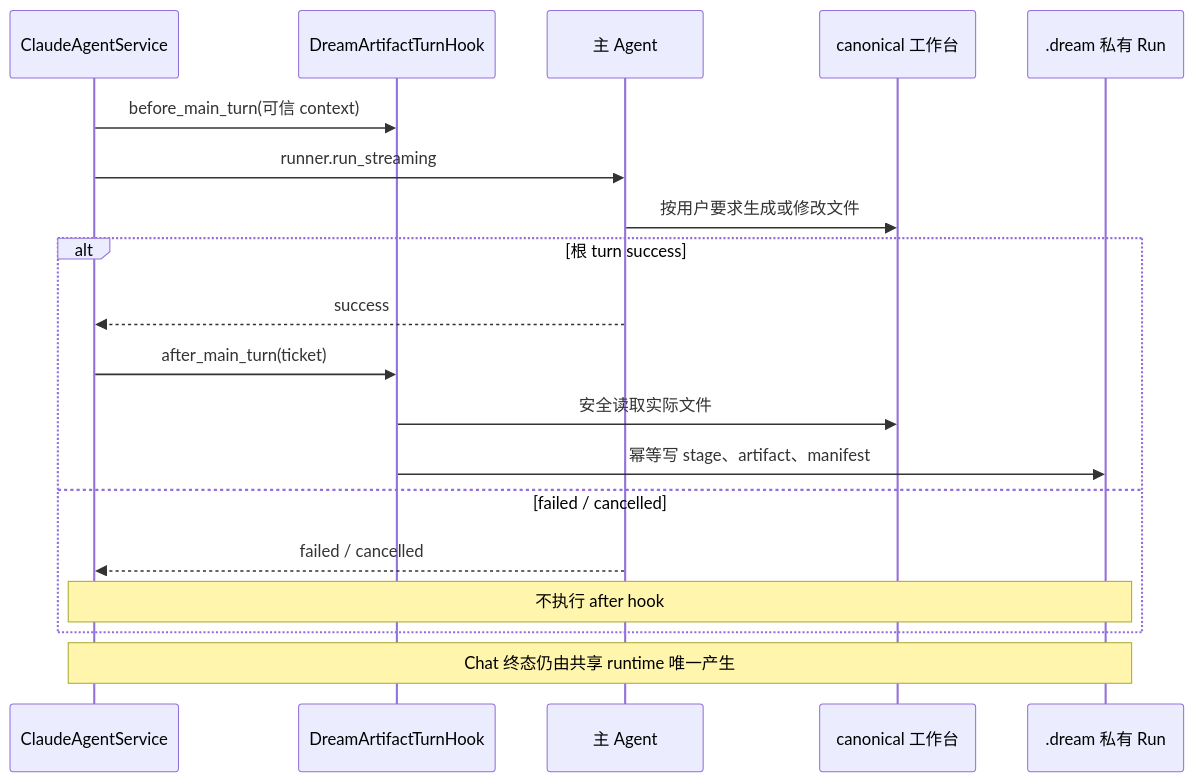
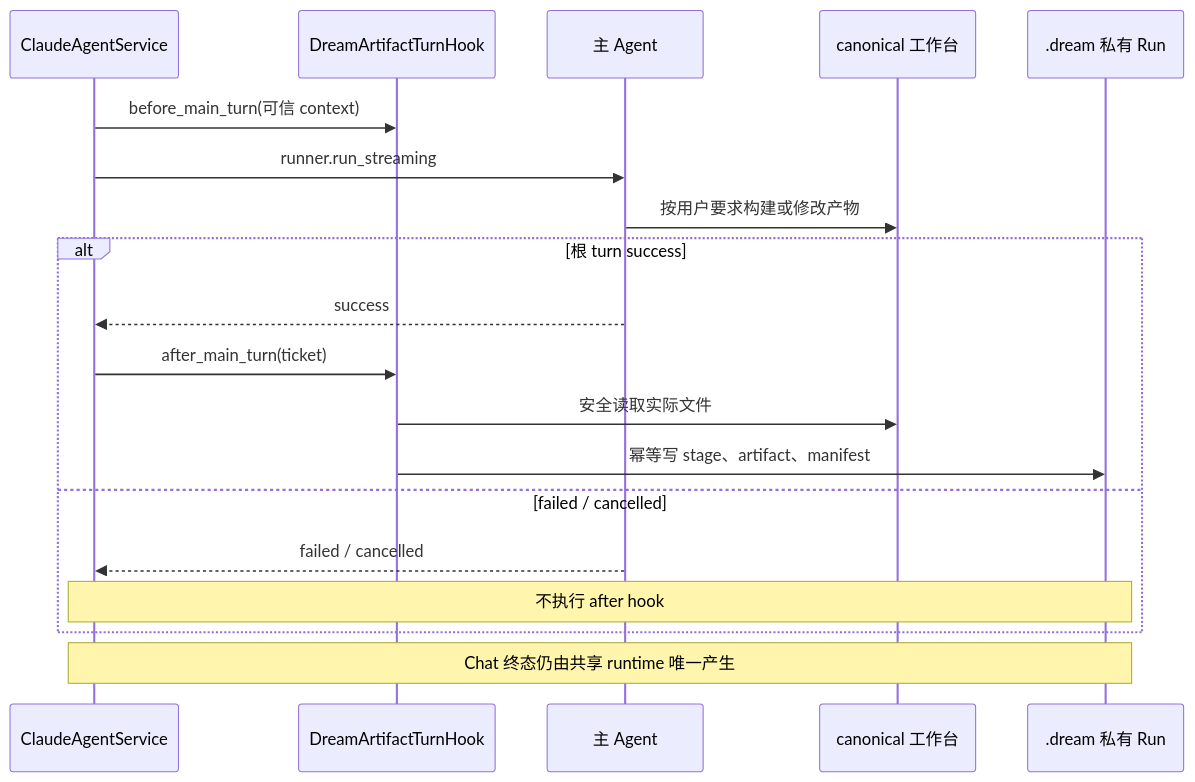
One commit to glide-the/im-dream changed the diagram in docs/design/dream-agent/dreamflow-tool-boundaries.md. Above: the diagram before and after it, drawn with Mermaid. The commit also changed other lines of this file and 37 other files, not shown here.

Commit message:
feat(dream): complete confirmed episode workbench flow

````diff
--- a/docs/design/dream-agent/dreamflow-tool-boundaries.md
+++ b/docs/design/dream-agent/dreamflow-tool-boundaries.md
@@ -29,22 +29,22 @@
 ```mermaid
 sequenceDiagram
     participant Service as ClaudeAgentService
     participant Hook as DreamArtifactTurnHook
     participant Agent as 主 Agent
     participant Files as canonical 工作台
     participant Private as .dream 私有 Run
 
     Service->>Hook: before_main_turn(可信 context)
     Service->>Agent: runner.run_streaming
-    Agent->>Files: 按用户要求生成或修改文件
+    Agent->>Files: 按用户要求构建或修改产物
     alt 根 turn success
         Agent-->>Service: success
         Service->>Hook: after_main_turn(ticket)
         Hook->>Files: 安全读取实际文件
         Hook->>Private: 幂等写 stage、artifact、manifest
     else failed / cancelled
         Agent-->>Service: failed / cancelled
         Note over Service,Private: 不执行 after hook
     end
     Note over Service,Private: Chat 终态仍由共享 runtime 唯一产生
 ```
````
